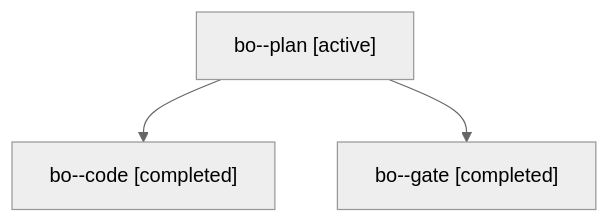
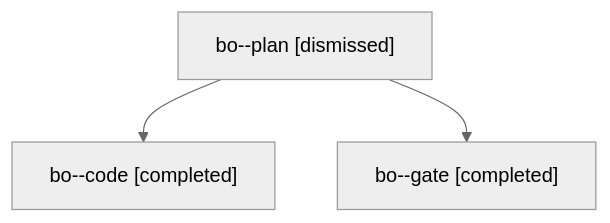
Before and after one commit to bobs-org/bob-cli--agents: the diagram in sessions/bbugyi200.apollo.bo.md, drawn with Mermaid (neutral theme). The commit also changed other lines of this file and 24 other files, not shown here.

````diff
--- a/sessions/bbugyi200.apollo.bo.md
+++ b/sessions/bbugyi200.apollo.bo.md
@@ -9,8 +9,8 @@
 ```mermaid
 flowchart TD
-  n0["bo--plan [active]"]
+  n0["bo--plan [dismissed]"]
   n1["bo--code [completed]"]
   n0 --> n1
   n2["bo--gate [completed]"]
   n0 --> n2
 ```
````
